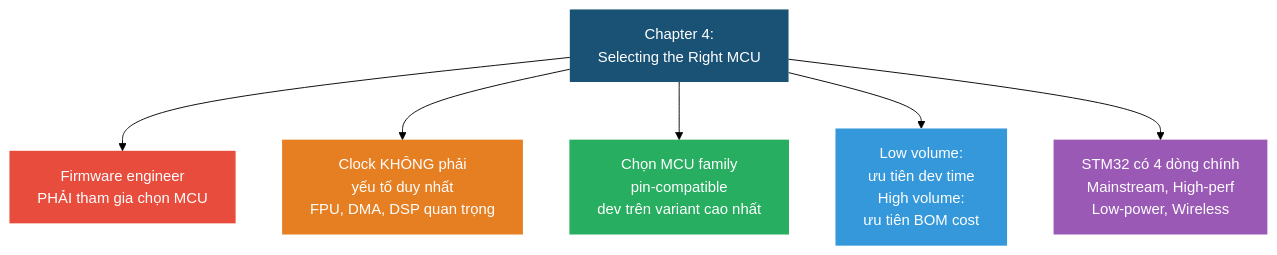
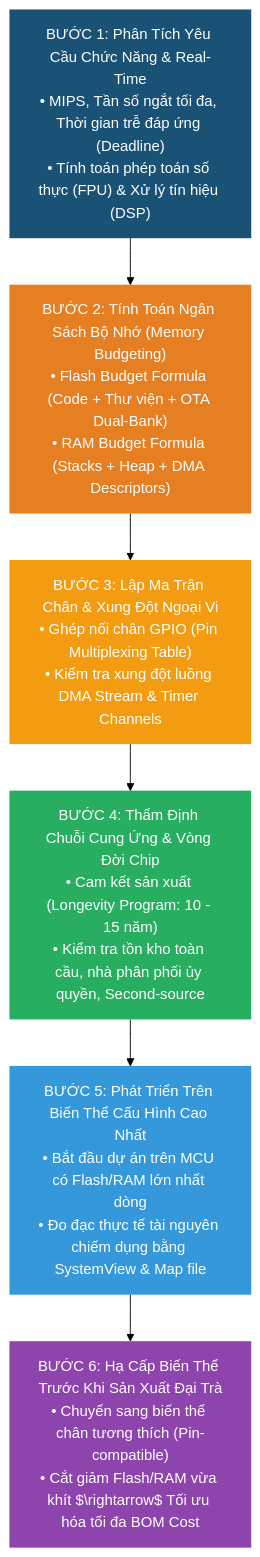
The ninth of 9 diagrams in 08_Selecting_MCU.md (MinnT15/RTOS), drawn with Mermaid (forest theme) before and after one commit. The commit also changed other lines of this file, not shown here.

Commit message:
docs: upgrade Chapter 8 Selecting the Right MCU to 100% textbook depth (Amos Ch4 & FreeRTOS hardware integration)

````diff
--- a/08_Selecting_MCU.md
+++ b/08_Selecting_MCU.md
@@ -431,15 +821,16 @@
 ```mermaid
 graph TD
-    ROOT["Chapter 4:<br/>Selecting the Right MCU"] --> R1["Firmware engineer<br/>PHẢI tham gia chọn MCU"]
-    ROOT --> R2["Clock KHÔNG phải<br/>yếu tố duy nhất<br/>FPU, DMA, DSP quan trọng"]
-    ROOT --> R3["Chọn MCU family<br/>pin-compatible<br/>dev trên variant cao nhất"]
-    ROOT --> R4["Low volume:<br/>ưu tiên dev time<br/>High volume:<br/>ưu tiên BOM cost"]
-    ROOT --> R5["STM32 có 4 dòng chính<br/>Mainstream, High-perf<br/>Low-power, Wireless"]
+    S1["BƯỚC 1: Phân Tích Yêu Cầu Chức Năng & Real-Time<br/>• MIPS, Tần số ngắt tối đa, Thời gian trễ đáp ứng (Deadline)<br/>• Tính toán phép toán số thực (FPU) & Xử lý tín hiệu (DSP)"] --> S2
+    S2["BƯỚC 2: Tính Toán Ngân Sách Bộ Nhớ (Memory Budgeting)<br/>• Flash Budget Formula (Code + Thư viện + OTA Dual-Bank)<br/>• RAM Budget Formula (Stacks + Heap + DMA Descriptors)"] --> S3
+    S3["BƯỚC 3: Lập Ma Trận Chân & Xung Đột Ngoại Vi<br/>• Ghép nối chân GPIO (Pin Multiplexing Table)<br/>• Kiểm tra xung đột luồng DMA Stream & Timer Channels"] --> S4
+    S4["BƯỚC 4: Thẩm Định Chuỗi Cung Ứng & Vòng Đời Chip<br/>• Cam kết sản xuất (Longevity Program: 10 - 15 năm)<br/>• Kiểm tra tồn kho toàn cầu, nhà phân phối ủy quyền, Second-source"] --> S5
+    S5["BƯỚC 5: Phát Triển Trên Biến Thể Cấu Hình Cao Nhất<br/>• Bắt đầu dự án trên MCU có Flash/RAM lớn nhất dòng<br/>• Đo đạc thực tế tài nguyên chiếm dụng bằng SystemView & Map file"] --> S6
+    S6["BƯỚC 6: Hạ Cấp Biến Thể Trước Khi Sản Xuất Đại Trà<br/>• Chuyển sang biến thể chân tương thích (Pin-compatible)<br/>• Cắt giảm Flash/RAM vừa khít $\rightarrow$ Tối ưu hóa tối đa BOM Cost"]
 
-    style ROOT fill:#1a5276,color:#fff,stroke:none
-    style R1 fill:#e74c3c,color:#fff,stroke:none
-    style R2 fill:#e67e22,color:#fff,stroke:none
-    style R3 fill:#27ae60,color:#fff,stroke:none
-    style R4 fill:#3498db,color:#fff,stroke:none
-    style R5 fill:#9b59b6,color:#fff,stroke:none
+    style S1 fill:#1a5276,color:#fff,stroke:none
+    style S2 fill:#e67e22,color:#fff,stroke:none
+    style S3 fill:#f39c12,color:#fff,stroke:none
+    style S4 fill:#27ae60,color:#fff,stroke:none
+    style S5 fill:#3498db,color:#fff,stroke:none
+    style S6 fill:#8e44ad,color:#fff,stroke:none
 ```
````
